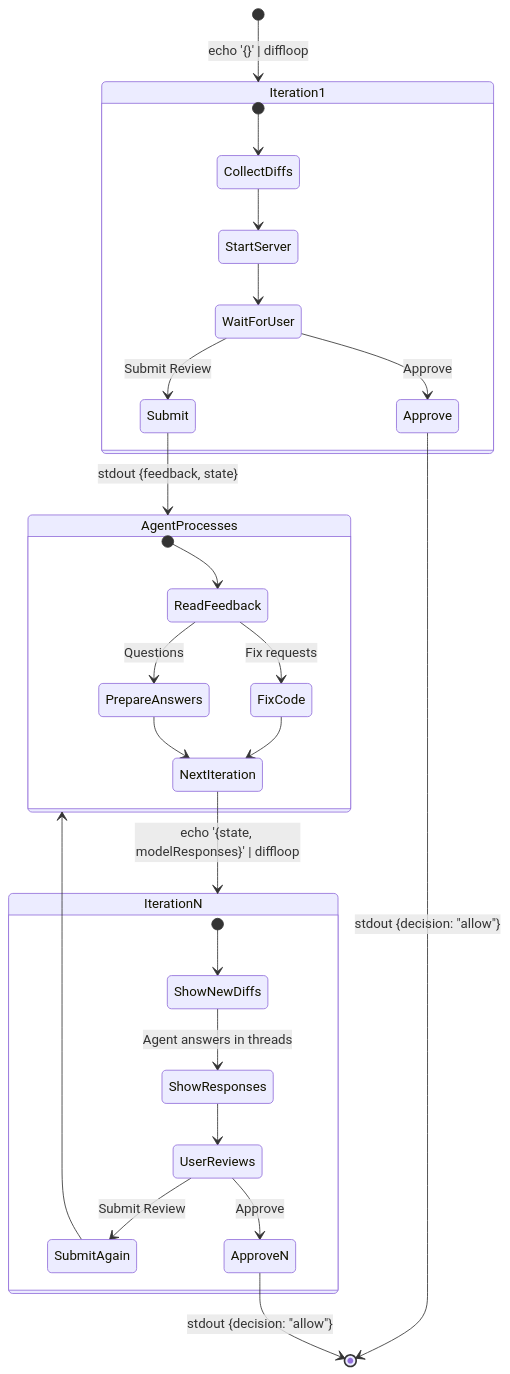
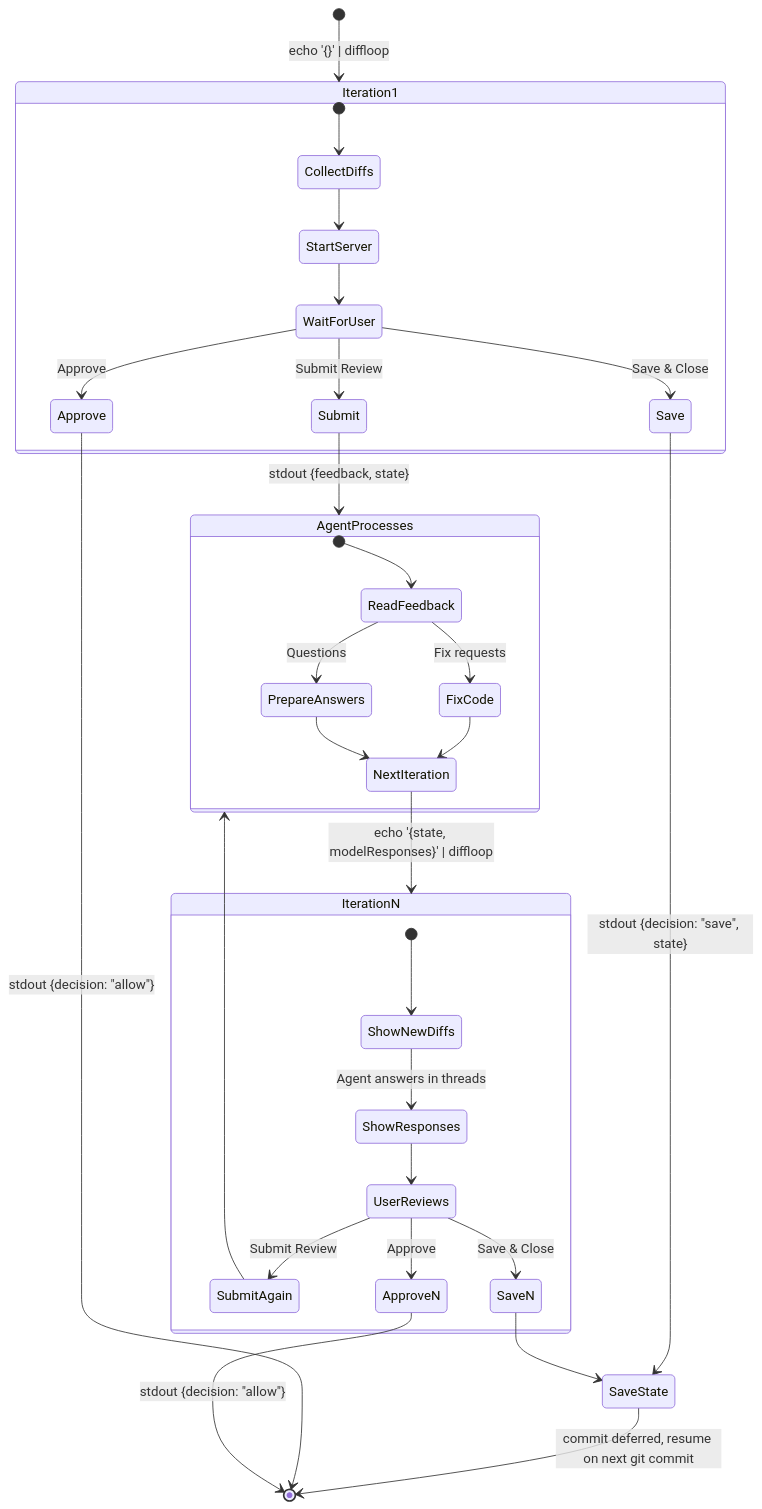
Before and after one commit to KYONY/diffloop: the second of 4 diagrams in docs/architecture.md, drawn with Mermaid. The commit also changed other lines of this file and 10 other files, not shown here.

First line of the commit message:
feat(ui): add Save & Close button to defer review

````diff
--- a/docs/architecture.md
+++ b/docs/architecture.md
@@ -56,36 +56,41 @@
 ```mermaid
 stateDiagram-v2
     [*] --> Iteration1: echo '{}' | diffloop
 
     state Iteration1 {
         [*] --> CollectDiffs
         CollectDiffs --> StartServer
         StartServer --> WaitForUser
         WaitForUser --> Submit: Submit Review
+        WaitForUser --> Save: Save & Close
         WaitForUser --> Approve: Approve
     }
 
     Submit --> AgentProcesses: stdout {feedback, state}
+    Save --> SaveState: stdout {decision: "save", state}
+    SaveState --> [*]: commit deferred, resume on next git commit
 
     state AgentProcesses {
         [*] --> ReadFeedback
         ReadFeedback --> FixCode: Fix requests
         ReadFeedback --> PrepareAnswers: Questions
         FixCode --> NextIteration
         PrepareAnswers --> NextIteration
     }
 
     NextIteration --> IterationN: echo '{state, modelResponses}' | diffloop
 
     state IterationN {
         [*] --> ShowNewDiffs
         ShowNewDiffs --> ShowResponses: Agent answers in threads
         ShowResponses --> UserReviews
         UserReviews --> SubmitAgain: Submit Review
+        UserReviews --> SaveN: Save & Close
         UserReviews --> ApproveN: Approve
     }
 
     SubmitAgain --> AgentProcesses
+    SaveN --> SaveState
     Approve --> [*]: stdout {decision: "allow"}
     ApproveN --> [*]: stdout {decision: "allow"}
 ```
````
